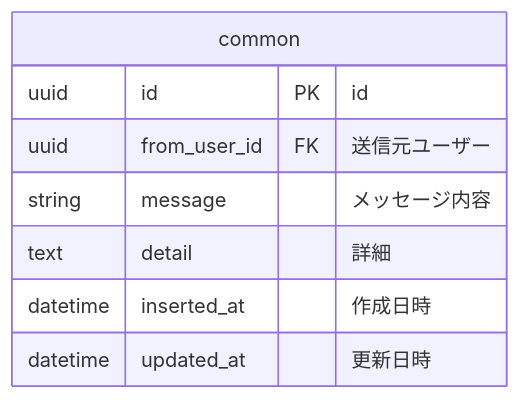
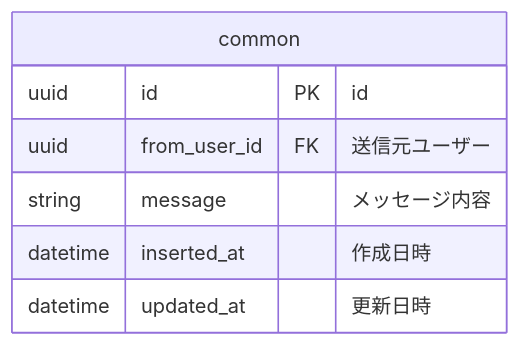
Before and after one commit to bright-org/bright: the first of 5 diagrams in docs/conceptual_schemas/notifications.md, drawn with Mermaid. The commit also changed other lines of this file and 15 other files, not shown here.

````diff
--- a/docs/conceptual_schemas/notifications.md
+++ b/docs/conceptual_schemas/notifications.md
@@ -52,11 +55,10 @@
 ```mermaid
 erDiagram
   common {
     uuid id PK "id"
     uuid from_user_id	FK "送信元ユーザー"
     string message	"メッセージ内容"
-    text detail	"詳細"
     datetime inserted_at "作成日時"
     datetime updated_at "更新日時"
   }
 ```
````
